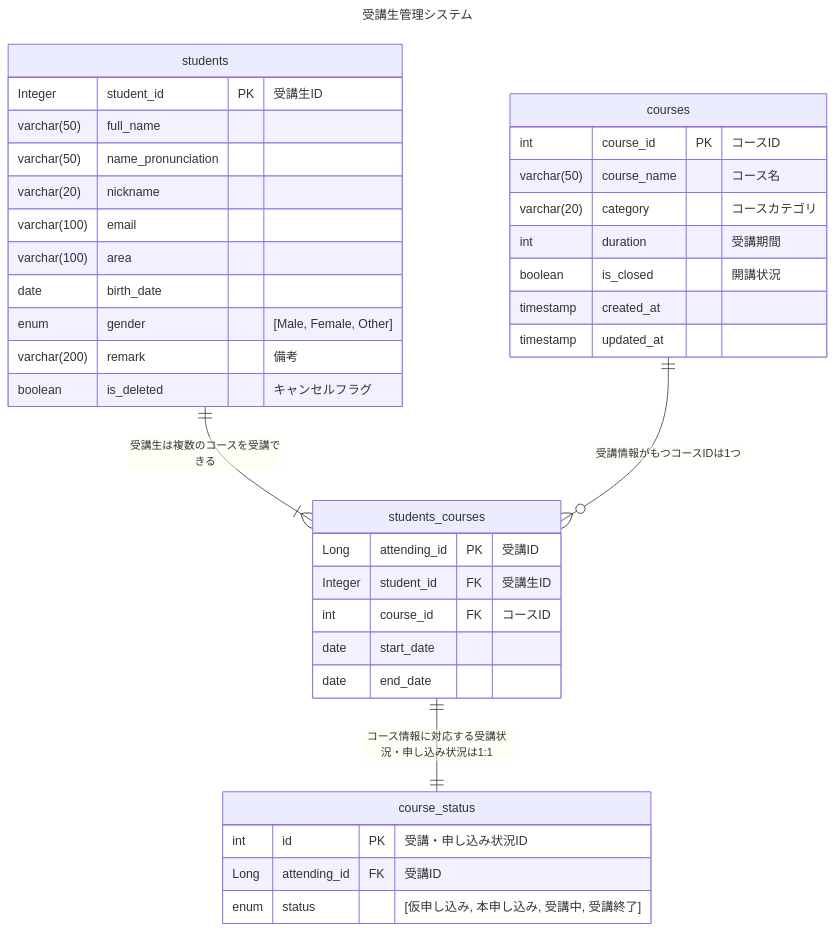
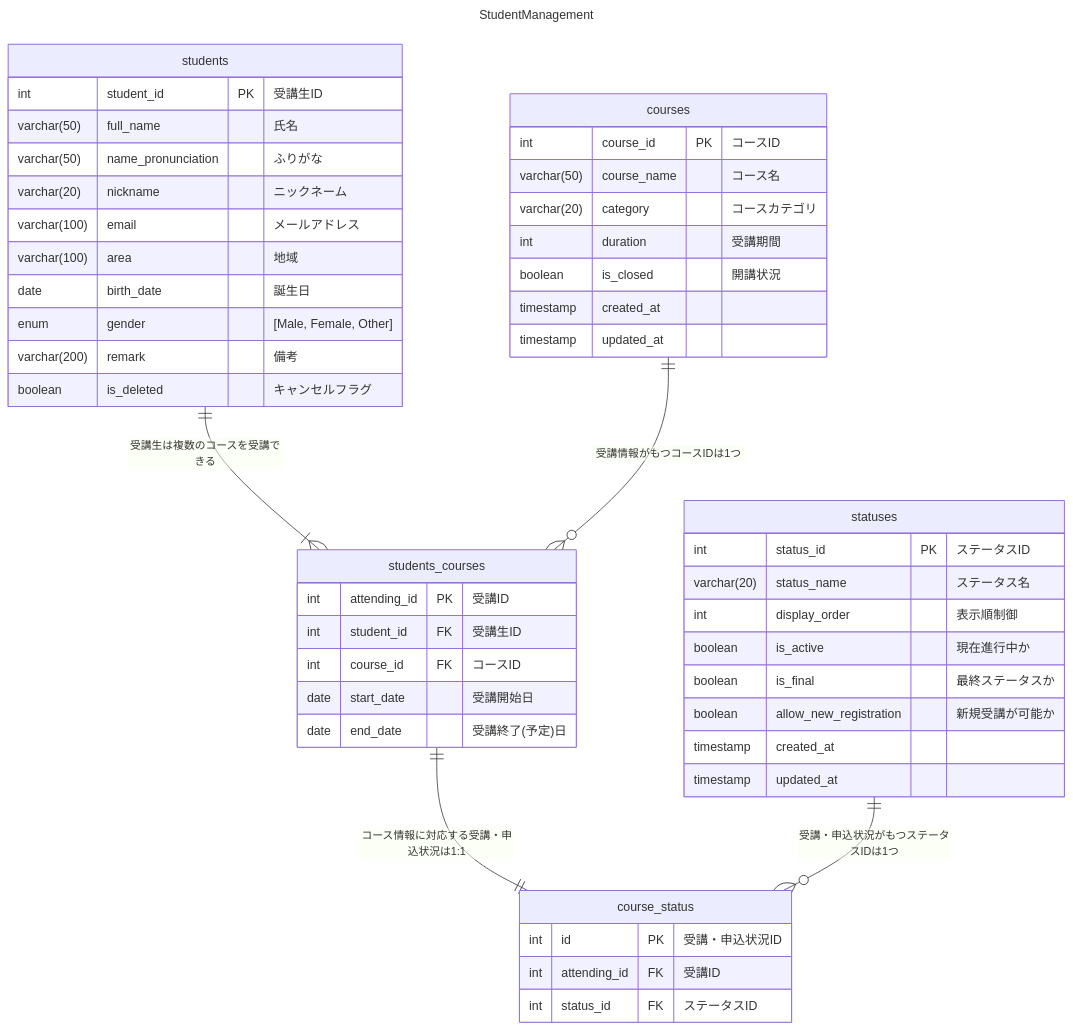
The diagram in README.md (aym0546/student.management), drawn with Mermaid before and after one commit. The commit also changed other lines of this file, not shown here.

````diff
--- a/README.md
+++ b/README.md
@@ -9,47 +9,59 @@
 ```mermaid
 ---
-title: "受講生管理システム"
+title: "StudentManagement"
 ---
 
 erDiagram
     students ||--|{ students_courses: "受講生は複数のコースを受講できる"
-    students_courses ||--|| course_status: "コース情報に対応する受講状況・申し込み状況は1:1"
+    students_courses ||--|| course_status: "コース情報に対応する受講・申込状況は1:1"
     courses ||--o{ students_courses: "受講情報がもつコースIDは1つ"
+    statuses ||--o{ course_status: "受講・申込状況がもつステータスIDは1つ"
 
     students {
-        Integer student_id PK "受講生ID"
-        varchar(50) full_name
-        varchar(50) name_pronunciation
-        varchar(20) nickname
-        varchar(100) email
-        varchar(100) area
-        date birth_date
+        int student_id PK "受講生ID"
+        varchar(50) full_name "氏名"
+        varchar(50) name_pronunciation "ふりがな"
+        varchar(20) nickname "ニックネーム"
+        varchar(100) email "メールアドレス"
+        varchar(100) area "地域"
+        date birth_date "誕生日"
         enum gender "[Male, Female, Other]"
         varchar(200) remark "備考"
         boolean is_deleted "キャンセルフラグ"
     }
 
     students_courses {
-        Long attending_id PK "受講ID"
-        Integer student_id FK "受講生ID"
+        int attending_id PK "受講ID"
+        int student_id FK "受講生ID"
         int course_id FK "コースID"
-        date start_date
-        date end_date
-    }
-
-    course_status {
-        int id PK "受講・申し込み状況ID"
-        Long attending_id FK "受講ID"
-        enum status "[仮申し込み, 本申し込み, 受講中, 受講終了]"
+        date start_date "受講開始日"
+        date end_date "受講終了(予定)日"
     }
 
     courses {
         int course_id PK "コースID"
         varchar(50) course_name "コース名"
         varchar(20) category "コースカテゴリ"
         int duration "受講期間"
         boolean is_closed "開講状況"
         timestamp created_at
         timestamp updated_at
     }
+
+    course_status {
+        int id PK "受講・申込状況ID"
+        int attending_id FK "受講ID"
+        int status_id FK "ステータスID"
+    }
+
+    statuses {
+        int status_id PK "ステータスID"
+        varchar(20) status_name "ステータス名"
+        int display_order "表示順制御"
+        boolean is_active "現在進行中か"
+        boolean is_final "最終ステータスか"
+        boolean allow_new_registration "新規受講が可能か"
+        timestamp created_at
+        timestamp updated_at
+    }
 ```
````
